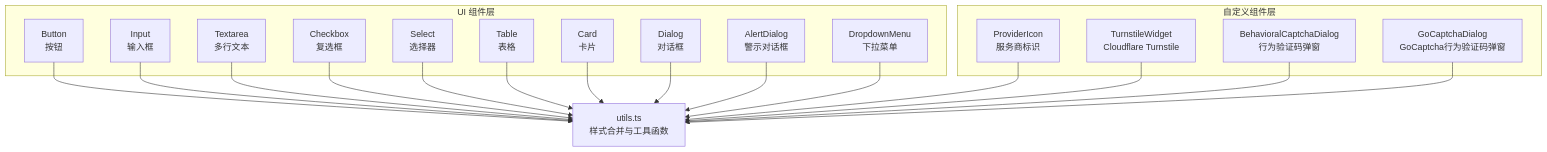
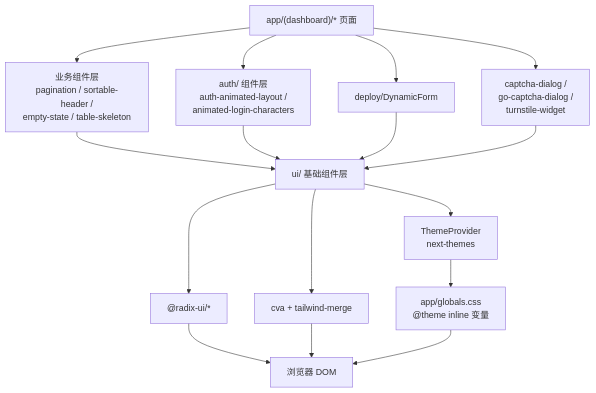
The second of 4 diagrams in docs/前端开发指南/UI组件库.md (x01n/dnsplane), drawn with Mermaid before and after one commit. The commit also changed other lines of this file and 326 other files, not shown here.

````diff
--- a/docs/前端开发指南/UI组件库.md
+++ b/docs/前端开发指南/UI组件库.md
@@ -43,36 +197,19 @@
 ```mermaid
 graph TB
-subgraph "UI 组件层"
-Btn["Button<br/>按钮"]
-Inp["Input<br/>输入框"]
-Txt["Textarea<br/>多行文本"]
-Chk["Checkbox<br/>复选框"]
-Sel["Select<br/>选择器"]
-Tbl["Table<br/>表格"]
-Card["Card<br/>卡片"]
-Dlg["Dialog<br/>对话框"]
-ADlg["AlertDialog<br/>警示对话框"]
-Drop["DropdownMenu<br/>下拉菜单"]
-end
-subgraph "自定义组件层"
-Prov["ProviderIcon<br/>服务商标识"]
-Turn["TurnstileWidget<br/>Cloudflare Turnstile"]
-Cap["BehavioralCaptchaDialog<br/>行为验证码弹窗"]
-GoCap["GoCaptchaDialog<br/>GoCaptcha行为验证码弹窗"]
-end
-Utils["utils.ts<br/>样式合并与工具函数"]
-Btn --> Utils
-Inp --> Utils
-Txt --> Utils
-Chk --> Utils
-Sel --> Utils
-Tbl --> Utils
-Card --> Utils
-Dlg --> Utils
-ADlg --> Utils
-Drop --> Utils
-Prov --> Utils
-Turn --> Utils
-Cap --> Utils
-GoCap --> Utils
+App["app/(dashboard)/* 页面"]
+App --> Biz["业务组件层<br/>pagination / sortable-header /<br/>empty-state / table-skeleton"]
+App --> Auth["auth/ 组件层<br/>auth-animated-layout /<br/>animated-login-characters"]
+App --> Deploy["deploy/DynamicForm"]
+App --> Captcha["captcha-dialog /<br/>go-captcha-dialog /<br/>turnstile-widget"]
+Biz --> UI["ui/ 基础组件层"]
+Auth --> UI
+Deploy --> UI
+Captcha --> UI
+UI --> Radix["@radix-ui/*"]
+UI --> Cva["cva + tailwind-merge"]
+UI --> Theme["ThemeProvider<br/>next-themes"]
+Theme --> Globals["app/globals.css<br/>@theme inline 变量"]
+Radix --> DOM["浏览器 DOM"]
+Cva --> DOM
+Globals --> DOM
 ```
````
